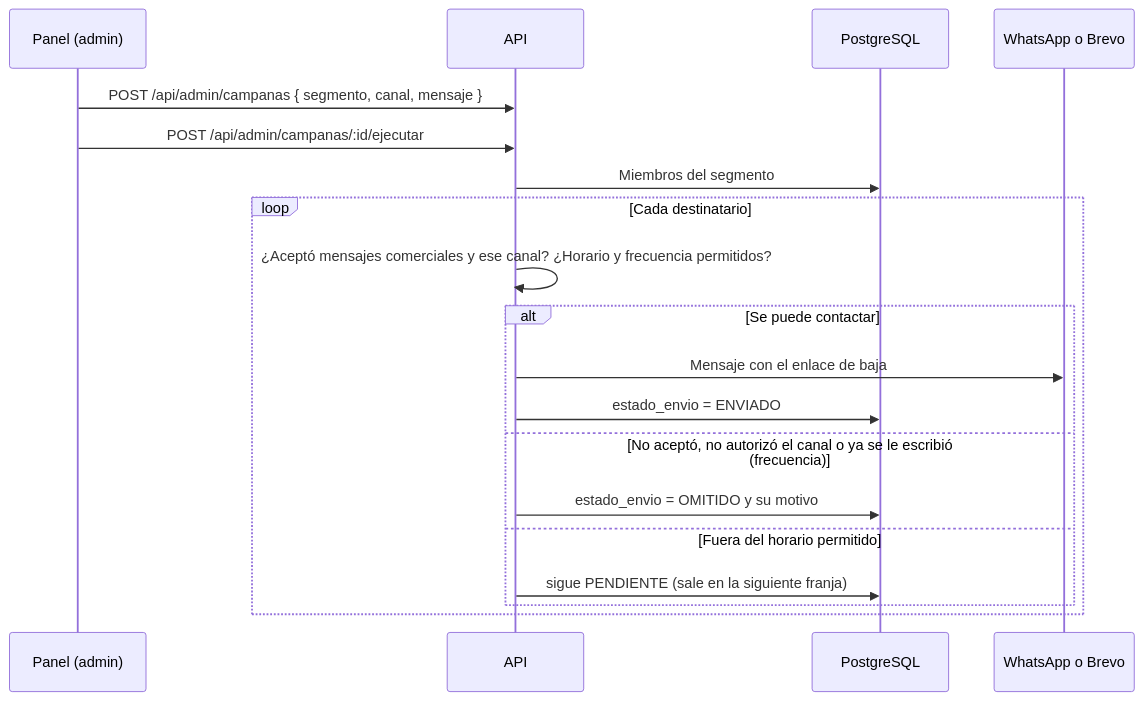
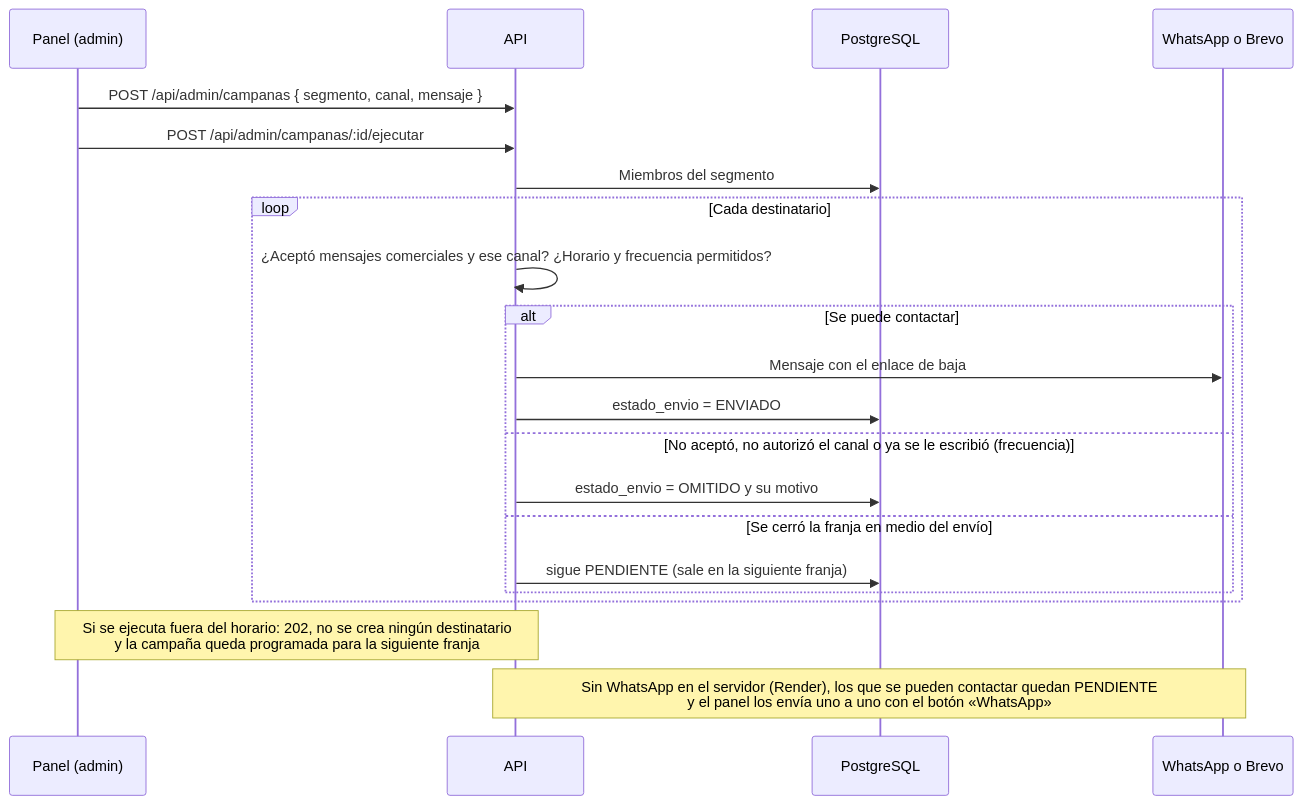
One commit to Luis140721/Proyecto_Fitloyalty changed the fourth of 4 diagrams in docs/arquitectura/ARQUITECTURA.md. Above: the diagram before and after it, drawn with Mermaid. The commit also changed other lines of this file and 1 other file, not shown here.

````diff
--- a/docs/arquitectura/ARQUITECTURA.md
+++ b/docs/arquitectura/ARQUITECTURA.md
@@ -129,21 +129,23 @@
 ```mermaid
 sequenceDiagram
     participant P as Panel (admin)
     participant A as API
     participant D as PostgreSQL
     participant W as WhatsApp o Brevo
     P->>A: POST /api/admin/campanas { segmento, canal, mensaje }
     P->>A: POST /api/admin/campanas/:id/ejecutar
     A->>D: Miembros del segmento
     loop Cada destinatario
         A->>A: ¿Aceptó mensajes comerciales y ese canal? ¿Horario y frecuencia permitidos?
         alt Se puede contactar
             A->>W: Mensaje con el enlace de baja
             A->>D: estado_envio = ENVIADO
         else No aceptó, no autorizó el canal o ya se le escribió (frecuencia)
             A->>D: estado_envio = OMITIDO y su motivo
-        else Fuera del horario permitido
+        else Se cerró la franja en medio del envío
             A->>D: sigue PENDIENTE (sale en la siguiente franja)
         end
     end
+    Note over P,A: Si se ejecuta fuera del horario: 202, no se crea ningún destinatario<br/>y la campaña queda programada para la siguiente franja
+    Note over A,W: Sin WhatsApp en el servidor (Render), los que se pueden contactar quedan PENDIENTE<br/>y el panel los envía uno a uno con el botón «WhatsApp»
 ```
````
